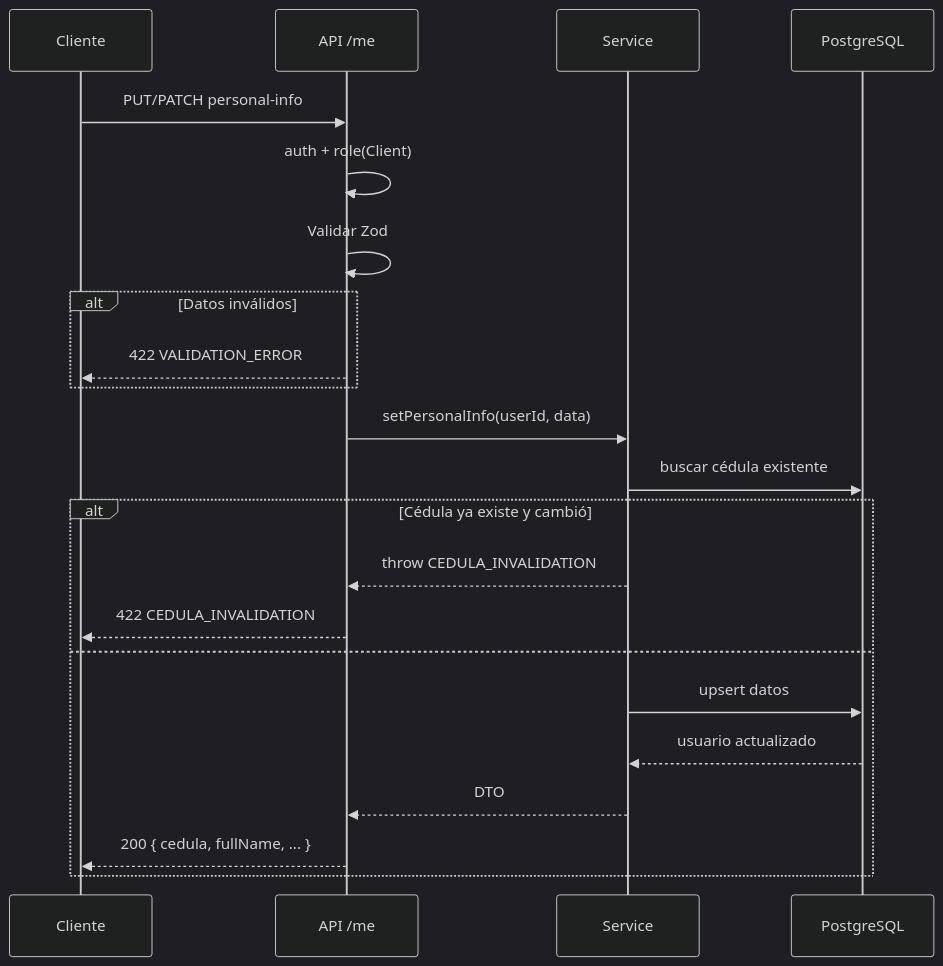
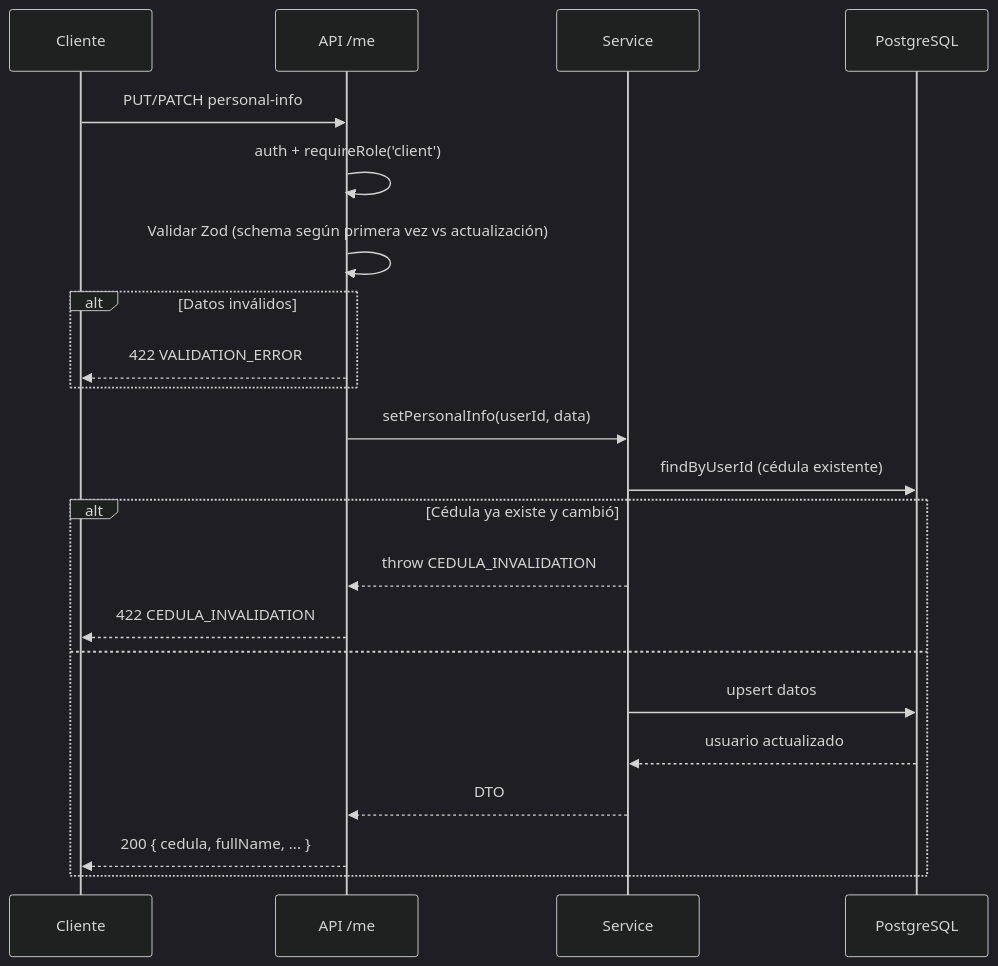
Before and after one commit to User281167/venta-de-tickets: the first of 2 diagrams in backend/src/modules/me/README.md, drawn with Mermaid (dark theme). The commit also changed other lines of this file and 6 other files, not shown here.

Commit message:
docs: mejroar readme y actulizarlos tanto tipos y rutas como diagramas de flujo

````diff
--- a/backend/src/modules/me/README.md
+++ b/backend/src/modules/me/README.md
@@ -49,25 +107,25 @@
 ```mermaid
 sequenceDiagram
     participant C as Cliente
     participant API as API /me
     participant S as Service
     participant DB as PostgreSQL
 
     C->>API: PUT/PATCH personal-info
-    API->>API: auth + role(Client)
-    API->>API: Validar Zod
+    API->>API: auth + requireRole('client')
+    API->>API: Validar Zod (schema según primera vez vs actualización)
     alt Datos inválidos
         API-->>C: 422 VALIDATION_ERROR
     end
     API->>S: setPersonalInfo(userId, data)
-    S->>DB: buscar cédula existente
+    S->>DB: findByUserId (cédula existente)
     alt Cédula ya existe y cambió
         S-->>API: throw CEDULA_INVALIDATION
         API-->>C: 422 CEDULA_INVALIDATION
     else
         S->>DB: upsert datos
         DB-->>S: usuario actualizado
         S-->>API: DTO
         API-->>C: 200 { cedula, fullName, ... }
     end
 ```
````
